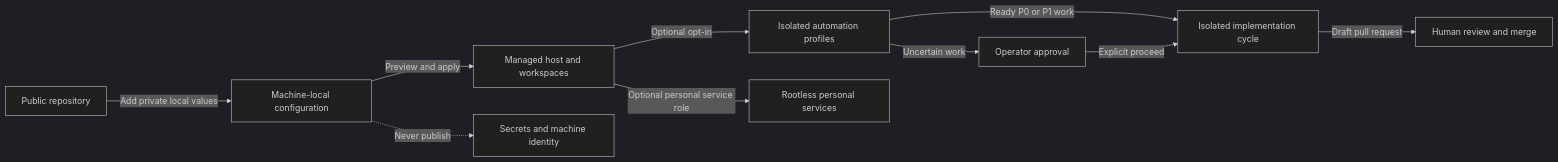
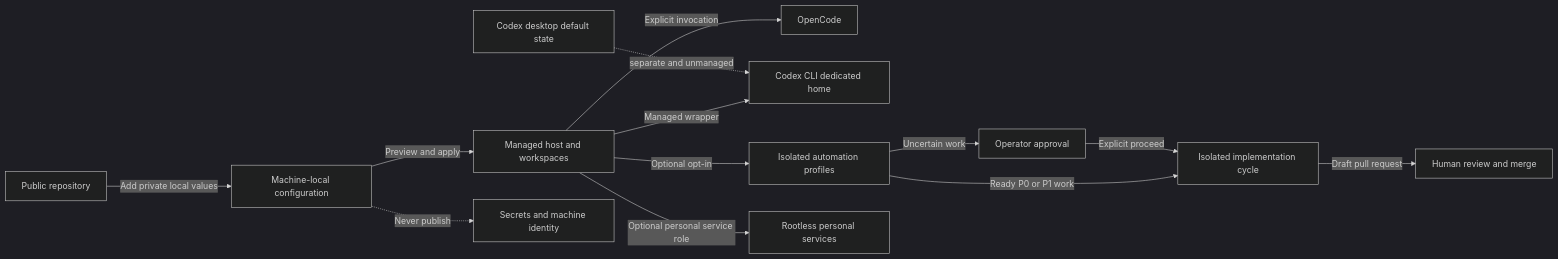
Before and after one commit to Saltiola7/dotfiles-ai: the diagram in docs/specs/dotfiles_ai_distribution/PRODUCT.md, drawn with Mermaid (dark theme). The commit also changed other lines of this file and 18 other files, not shown here.

````diff
--- a/docs/specs/dotfiles_ai_distribution/PRODUCT.md
+++ b/docs/specs/dotfiles_ai_distribution/PRODUCT.md
@@ -72,14 +72,17 @@
 ```mermaid
 flowchart LR
     accTitle: dotfiles-ai product journey boundaries
-    accDescr: A developer configures portable public defaults with private local values, opts into isolated automation, reviews uncertain decisions and every draft pull request, while evidence-ready P0 and P1 work may proceed to an isolated implementation draft and secrets remain local.
+    accDescr: A developer configures portable public defaults with private local values, applies independent OpenCode and Codex CLI runtimes, keeps Codex desktop state separate, opts into isolated automation, and reviews uncertain decisions and every draft pull request while secrets remain local.
     P[Public repository] -->|Add private local values| C[Machine-local configuration]
     C -->|Preview and apply| W[Managed host and workspaces]
+    W -->|Explicit invocation| O[OpenCode]
+    W -->|Managed wrapper| X[Codex CLI dedicated home]
+    D[Codex desktop default state] -. separate and unmanaged .-> X
     W -->|Optional opt-in| A[Isolated automation profiles]
     W -->|Optional personal service role| S[Rootless personal services]
     A -->|Ready P0 or P1 work| I[Isolated implementation cycle]
     A -->|Uncertain work| U[Operator approval]
     U -->|Explicit proceed| I
     I -->|Draft pull request| R[Human review and merge]
-    C -.->|Never publish| X[Secrets and machine identity]
+    C -.->|Never publish| N[Secrets and machine identity]
 ```
````
